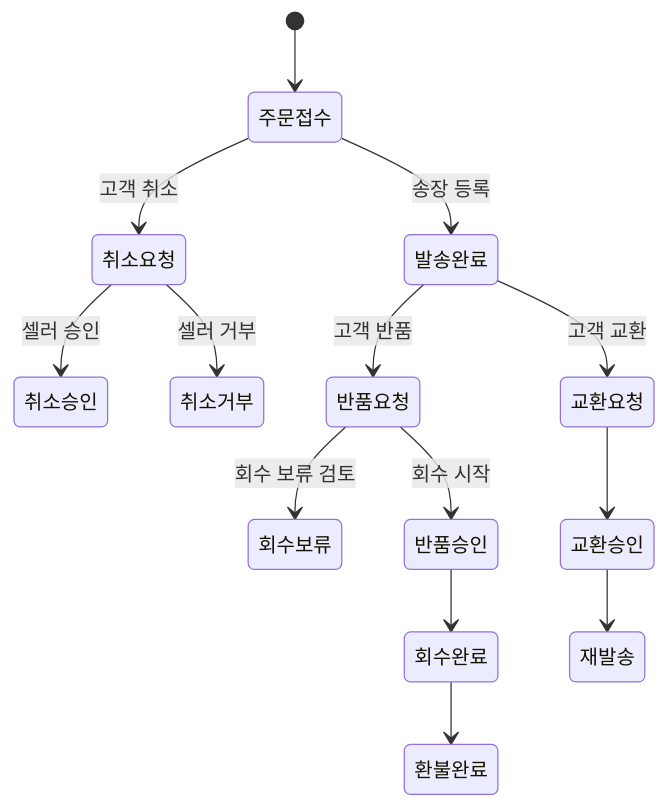
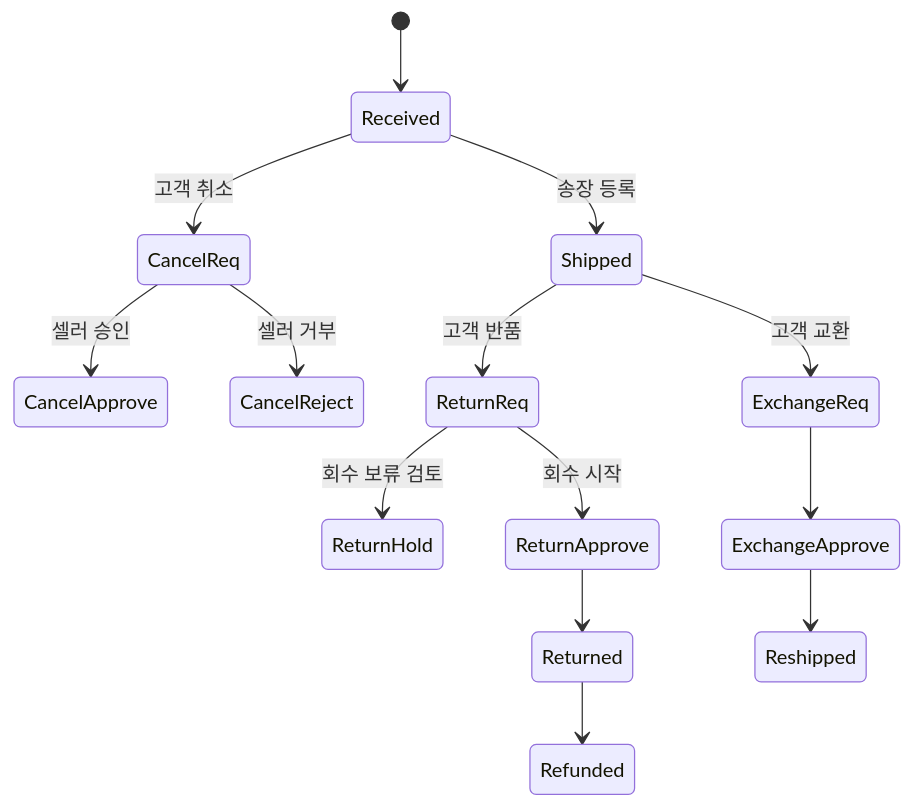
Before and after one commit to cksdud5785-design/lonit-manual: the fifth of 8 diagrams in docs/06-orders-cs.md, drawn with Mermaid. The commit also changed other lines of this file and 17 other files, not shown here.

First line of the commit message:
fix: mermaid 한국어 ID → ASCII + 더망고 → T사 일괄 변경

````diff
--- a/docs/06-orders-cs.md
+++ b/docs/06-orders-cs.md
@@ -133,19 +133,19 @@
 ```mermaid
 stateDiagram-v2
-    [*] --> 주문접수
-    주문접수 --> 발송완료: 송장 등록
+    [*] --> Received
+    Received --> Shipped: 송장 등록
     
-    주문접수 --> 취소요청: 고객 취소
-    취소요청 --> 취소승인: 셀러 승인
-    취소요청 --> 취소거부: 셀러 거부
+    Received --> CancelReq: 고객 취소
+    CancelReq --> CancelApprove: 셀러 승인
+    CancelReq --> CancelReject: 셀러 거부
     
-    발송완료 --> 반품요청: 고객 반품
-    반품요청 --> 회수보류: 회수 보류 검토
-    반품요청 --> 반품승인: 회수 시작
-    반품승인 --> 회수완료
-    회수완료 --> 환불완료
+    Shipped --> ReturnReq: 고객 반품
+    ReturnReq --> ReturnHold: 회수 보류 검토
+    ReturnReq --> ReturnApprove: 회수 시작
+    ReturnApprove --> Returned
+    Returned --> Refunded
     
-    발송완료 --> 교환요청: 고객 교환
-    교환요청 --> 교환승인
-    교환승인 --> 재발송
+    Shipped --> ExchangeReq: 고객 교환
+    ExchangeReq --> ExchangeApprove
+    ExchangeApprove --> Reshipped
 ```
````
